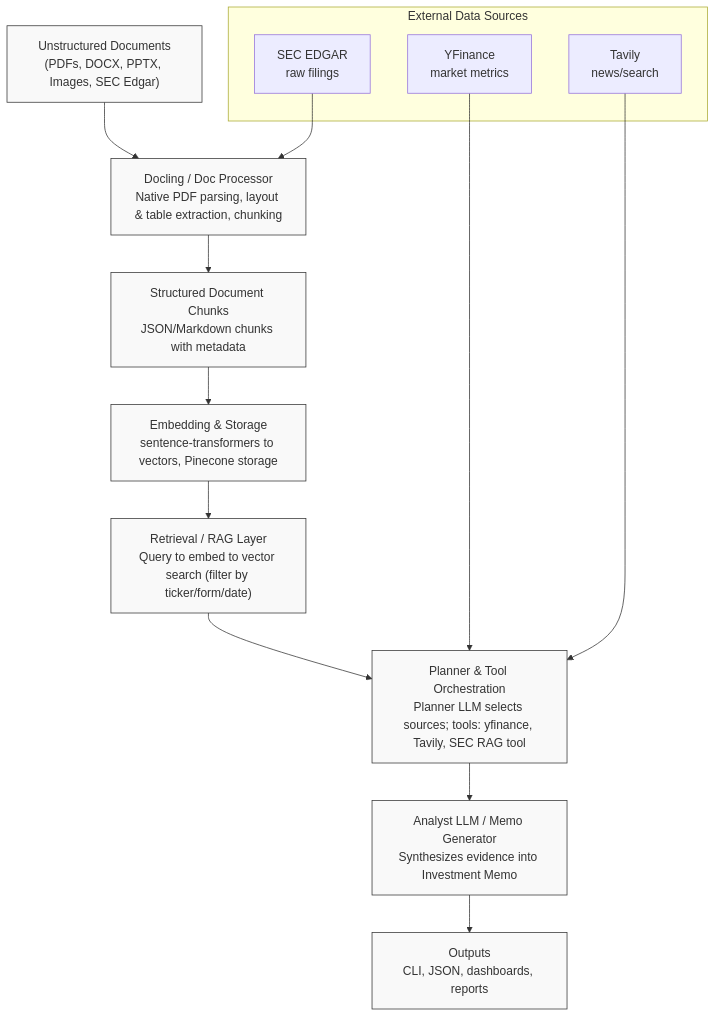
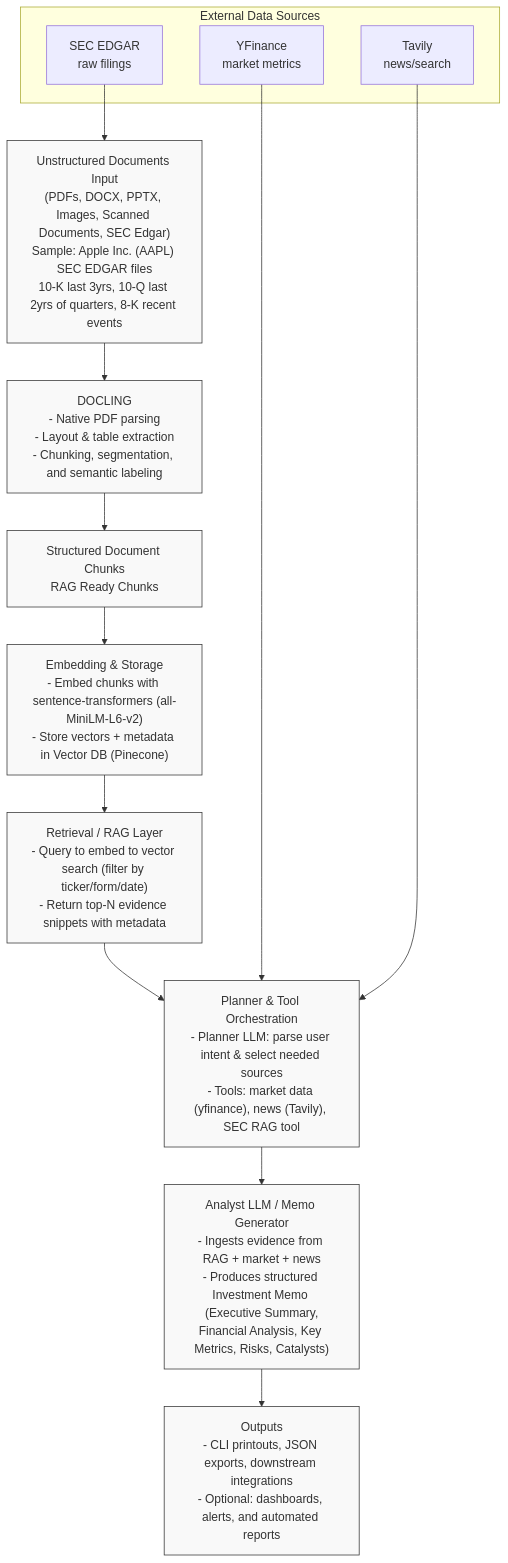
One commit to chetanreddyv/Finance_Research_Analyst_Agent changed the diagram in README.md. Above: the diagram before and after it, drawn with Mermaid.

Commit message:
Readme_update

````diff
--- a/README.md
+++ b/README.md
@@ -82,23 +82,29 @@
 ```mermaid
 flowchart TD
-    A["Unstructured Documents<br/>(PDFs, DOCX, PPTX, Images, SEC Edgar)"] --> B["Docling / Doc Processor<br/>Native PDF parsing, layout & table extraction, chunking"]
-    B --> C["Structured Document Chunks<br/>JSON/Markdown chunks with metadata"]
-    C --> D["Embedding & Storage<br/>sentence-transformers to vectors, Pinecone storage"]
-    D --> E["Retrieval / RAG Layer<br/>Query to embed to vector search (filter by ticker/form/date)"]
-    E --> F["Planner & Tool Orchestration<br/>Planner LLM selects sources; tools: yfinance, Tavily, SEC RAG tool"]
-    F --> G["Analyst LLM / Memo Generator<br/>Synthesizes evidence into Investment Memo"]
-    G --> H["Outputs<br/>CLI, JSON, dashboards, reports"]
+    A["Unstructured Documents Input<br/>(PDFs, DOCX, PPTX, Images, Scanned Documents, SEC Edgar)<br/>Sample: Apple Inc. (AAPL) SEC EDGAR files<br/>10-K last 3yrs, 10-Q last 2yrs of quarters, 8-K recent events"] --> B["DOCLING<br/>- Native PDF parsing<br/>- Layout & table extraction<br/>- Chunking, segmentation, and semantic labeling"]
     
+    B --> C["Structured Document Chunks<br/>RAG Ready Chunks"]
+    
+    C --> D["Embedding & Storage<br/>- Embed chunks with sentence-transformers (all-MiniLM-L6-v2)<br/>- Store vectors + metadata in Vector DB (Pinecone)"]
+    
+    D --> E["Retrieval / RAG Layer<br/>- Query to embed to vector search (filter by ticker/form/date)<br/>- Return top-N evidence snippets with metadata"]
+    
+    E --> F["Planner & Tool Orchestration<br/>- Planner LLM: parse user intent & select needed sources<br/>- Tools: market data (yfinance), news (Tavily), SEC RAG tool"]
+    
+    F --> G["Analyst LLM / Memo Generator<br/>- Ingests evidence from RAG + market + news<br/>- Produces structured Investment Memo (Executive Summary,<br/>Financial Analysis, Key Metrics, Risks, Catalysts)"]
+    
+    G --> H["Outputs<br/>- CLI printouts, JSON exports, downstream integrations<br/>- Optional: dashboards, alerts, and automated reports"]
+
     subgraph DataSources[External Data Sources]
         YF["YFinance<br/>market metrics"]
         TV["Tavily<br/>news/search"]
         EDGAR["SEC EDGAR<br/>raw filings"]
     end
 
     YF --> F
     TV --> F
-    EDGAR --> B
+    EDGAR --> A
 
     classDef infra fill:#f9f9f9,stroke:#333,stroke-width:1px
     class A,B,C,D,E,F,G,H infra
 ```
````
